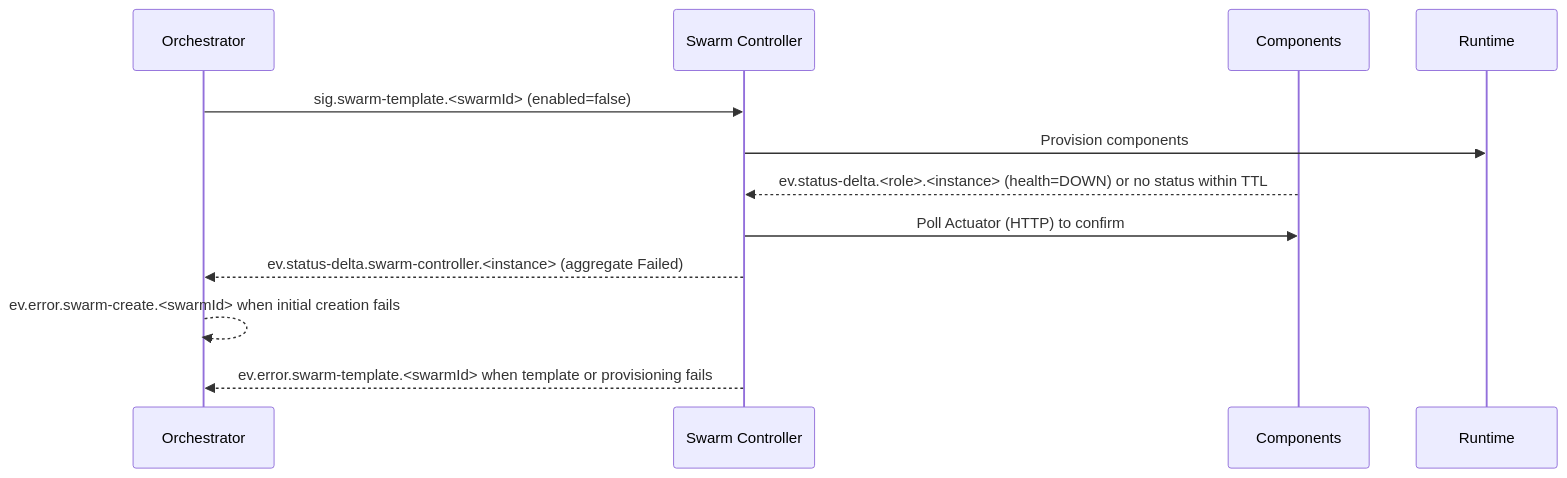
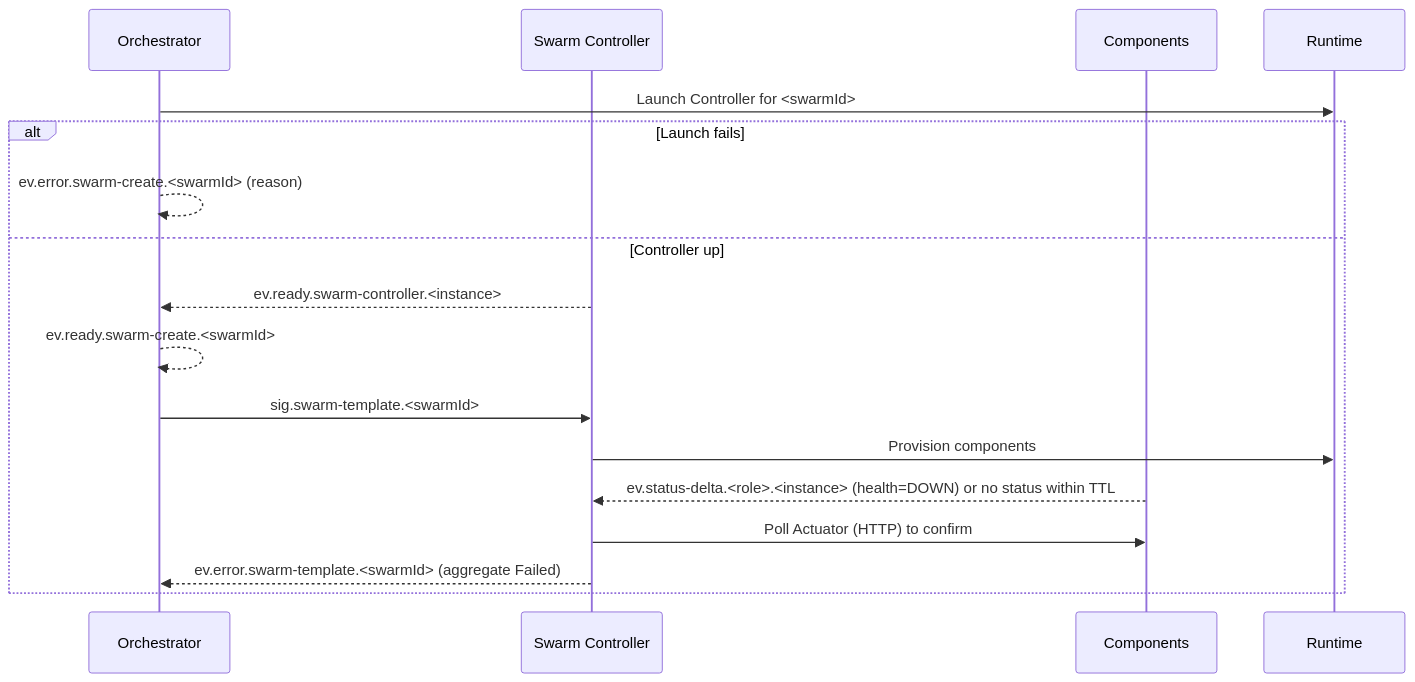
One commit to sepa79/PocketHive changed the sixth of 6 diagrams in docs/ARCHITECTURE.md. Above: the diagram before and after it, drawn with Mermaid. The commit also changed other lines of this file and 5 other files, not shown here.

````diff
--- a/docs/ARCHITECTURE.md
+++ b/docs/ARCHITECTURE.md
@@ -216,15 +208,20 @@
 ```mermaid
 sequenceDiagram
   participant QN as Orchestrator
   participant MSH as Swarm Controller
   participant CMP as Components
   participant RT as Runtime
 
-  QN->>MSH: sig.swarm-template.<swarmId> (enabled=false)
-  MSH->>RT: Provision components
-  CMP-->>MSH: ev.status-delta.<role>.<instance> (health=DOWN) or no status within TTL
-  MSH->>CMP: Poll Actuator (HTTP) to confirm
-  MSH-->>QN: ev.status-delta.swarm-controller.<instance> (aggregate Failed)
-  QN-->>QN: ev.error.swarm-create.<swarmId> when initial creation fails
-  MSH-->>QN: ev.error.swarm-template.<swarmId> when template or provisioning fails
+  QN->>RT: Launch Controller for <swarmId>
+  alt Launch fails
+    QN-->>QN: ev.error.swarm-create.<swarmId> (reason)
+  else Controller up
+    MSH-->>QN: ev.ready.swarm-controller.<instance>
+    QN-->>QN: ev.ready.swarm-create.<swarmId>
+    QN->>MSH: sig.swarm-template.<swarmId>
+    MSH->>RT: Provision components
+    CMP-->>MSH: ev.status-delta.<role>.<instance> (health=DOWN) or no status within TTL
+    MSH->>CMP: Poll Actuator (HTTP) to confirm
+    MSH-->>QN: ev.error.swarm-template.<swarmId> (aggregate Failed)
+  end
 ```
````
